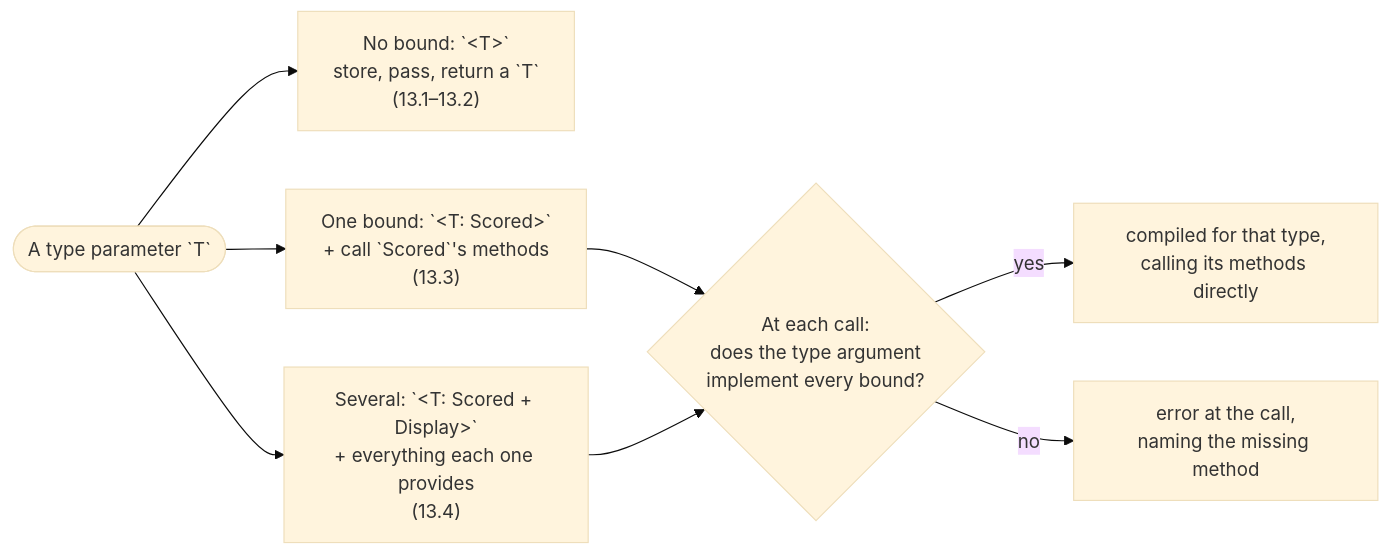
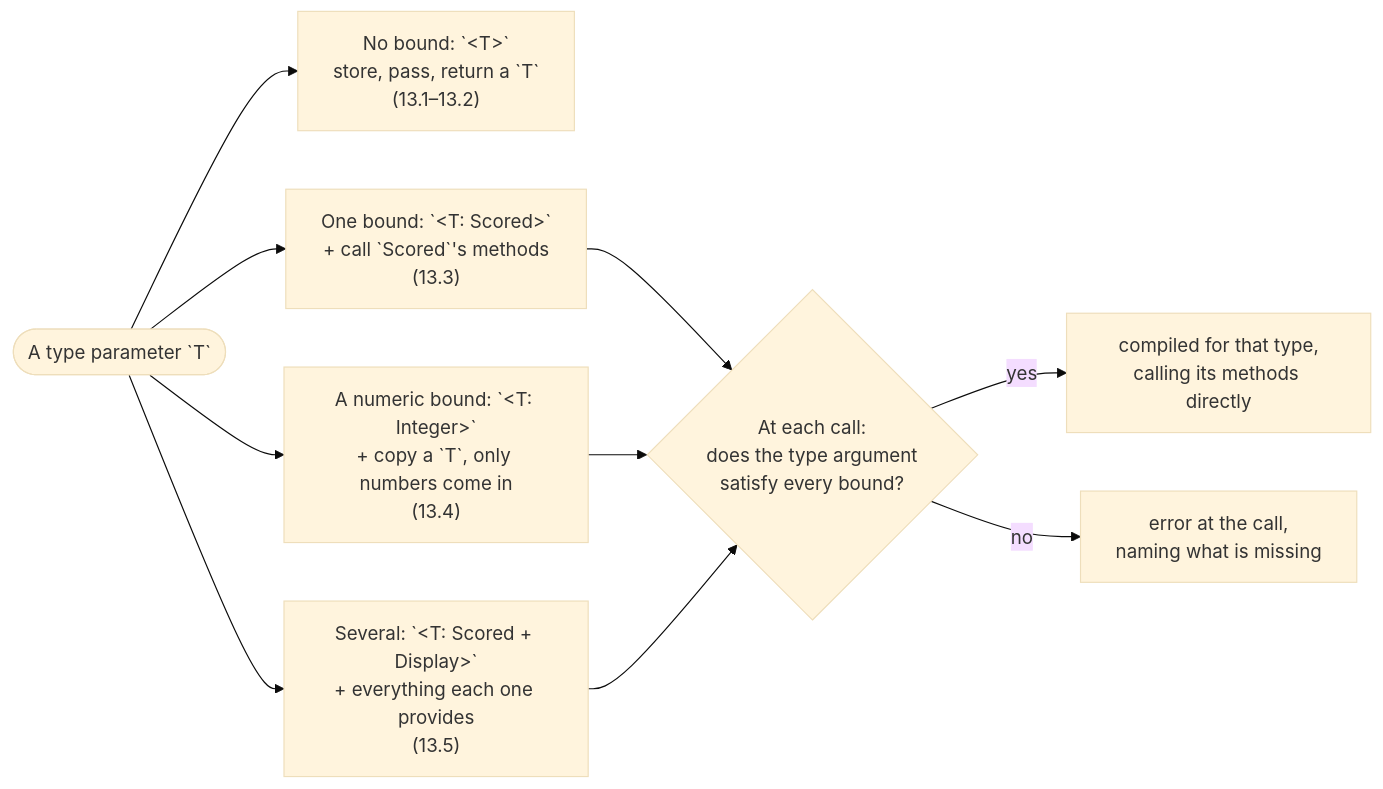
One commit to rux-lang/Web changed the diagram in content/docs/1.learn/13.generics/00.index.md. Above: the diagram before and after it, drawn with Mermaid (base theme). The commit also changed other lines of this file and 19 other files, not shown here.

````diff
--- a/content/docs/1.learn/13.generics/00.index.md
+++ b/content/docs/1.learn/13.generics/00.index.md
@@ -26,10 +27,12 @@
 ```mermaid
 flowchart LR
     t(["A type parameter `T`"]) --> none["No bound: `&lt;T&gt;`<br/>store, pass, return a `T`<br/>(13.1–13.2)"]
     t --> one["One bound: `&lt;T: Scored&gt;`<br/>+ call `Scored`'s methods<br/>(13.3)"]
-    t --> two["Several: `&lt;T: Scored + Display&gt;`<br/>+ everything each one provides<br/>(13.4)"]
-    one --> invoke{"At each call:<br/>does the type argument<br/>implement every bound?"}
+    t --> num["A numeric bound: `&lt;T: Integer&gt;`<br/>+ copy a `T`, only numbers come in<br/>(13.4)"]
+    t --> two["Several: `&lt;T: Scored + Display&gt;`<br/>+ everything each one provides<br/>(13.5)"]
+    one --> invoke{"At each call:<br/>does the type argument<br/>satisfy every bound?"}
+    num --> invoke
     two --> invoke
     invoke -- "yes" --> ok["compiled for that type,<br/>calling its methods directly"]
-    invoke -- "no" --> err["error at the call,<br/>naming the missing method"]
+    invoke -- "no" --> err["error at the call,<br/>naming what is missing"]
 ```
````
